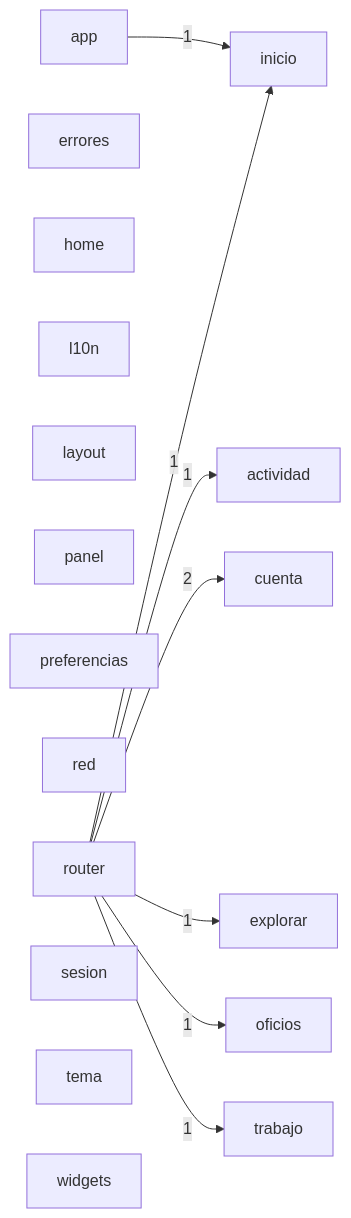
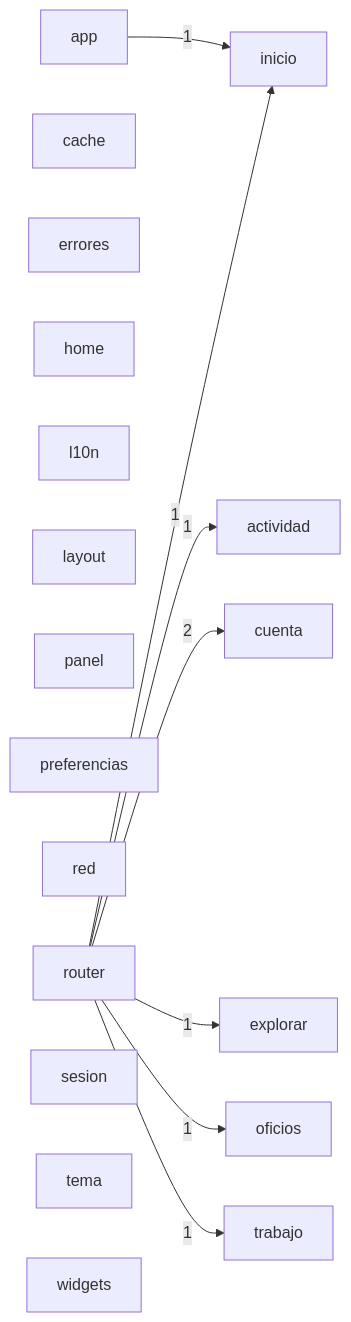
Before and after one commit to JulianH2/knock-frontend: the diagram in docs/architecture/modules.mmd, drawn with Mermaid. The commit also changed 15 other files, not shown here.

```diff
--- a/docs/architecture/modules.mmd
+++ b/docs/architecture/modules.mmd
@@ -1,26 +1,27 @@
 graph LR
   actividad["actividad"]
   app["app"]
+  cache["cache"]
   cuenta["cuenta"]
   errores["errores"]
   explorar["explorar"]
   home["home"]
   inicio["inicio"]
   l10n["l10n"]
   layout["layout"]
   oficios["oficios"]
   panel["panel"]
   preferencias["preferencias"]
   red["red"]
   router["router"]
   sesion["sesion"]
   tema["tema"]
   trabajo["trabajo"]
   widgets["widgets"]
   app -->|1| inicio
   router -->|1| actividad
   router -->|2| cuenta
   router -->|1| explorar
   router -->|1| inicio
   router -->|1| oficios
   router -->|1| trabajo
```
